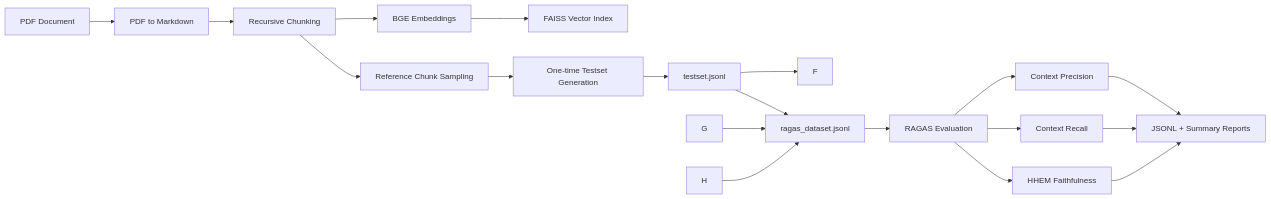
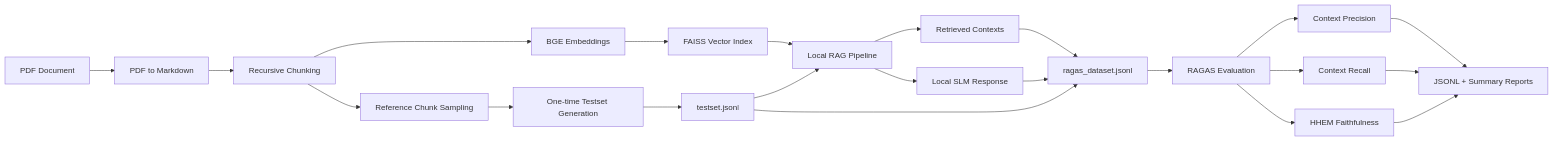
Before and after one commit to moha-razavi/slm-rag-eval: the diagram in README.md, drawn with Mermaid.

````diff
--- a/README.md
+++ b/README.md
@@ -16,24 +16,29 @@
 ```mermaid
 flowchart LR
     A[PDF Document] --> B[PDF to Markdown]
     B --> C[Recursive Chunking]
     C --> D[BGE Embeddings]
     D --> E[FAISS Vector Index]
+
+    E --> F[Local RAG Pipeline]
+    F --> G[Retrieved Contexts]
+    F --> H[Local SLM Response]
 
     C --> I[Reference Chunk Sampling]
     I --> J[One-time Testset Generation]
     J --> K[testset.jsonl]
 
     K --> F
     G --> L[ragas_dataset.jsonl]
     H --> L
     K --> L
 
     L --> M[RAGAS Evaluation]
     M --> N[Context Precision]
     M --> O[Context Recall]
     M --> P[HHEM Faithfulness]
+
     N --> R[JSONL + Summary Reports]
     O --> R
     P --> R
 ```
````
